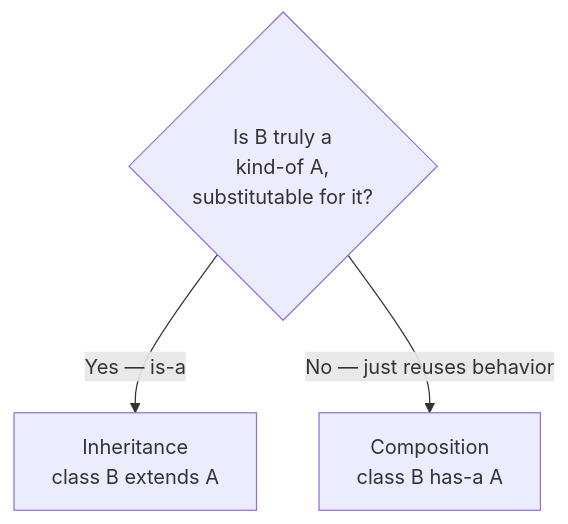
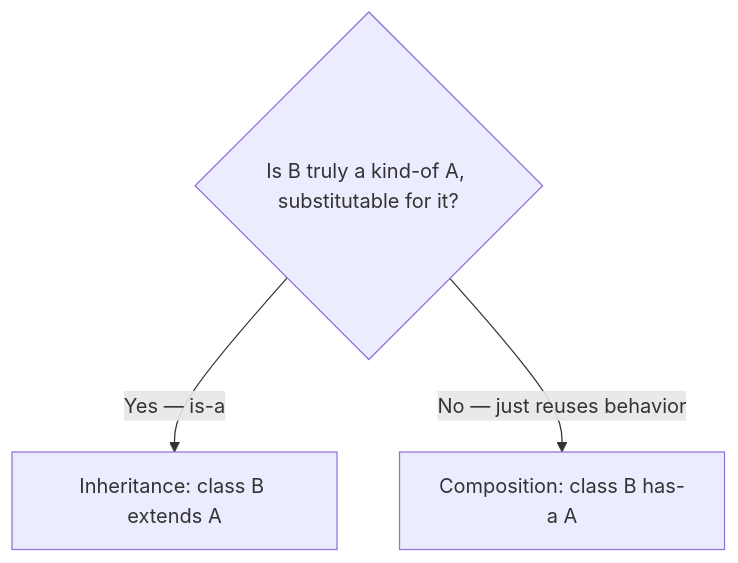
One commit to mohammad-mriesh-job/cortex changed the first of 2 diagrams in src/modules/oop/content/03-relationships/03-composition-over-inheritance.md. Above: the diagram before and after it, drawn with Mermaid. The commit also changed other lines of this file and 257 other files, not shown here.

````diff
--- a/src/modules/oop/content/03-relationships/03-composition-over-inheritance.md
+++ b/src/modules/oop/content/03-relationships/03-composition-over-inheritance.md
@@ -18,6 +18,6 @@
 ```mermaid
 flowchart TD
-    Q{"Is B truly a<br/>kind-of A,<br/>substitutable for it?"}
-    Q -->|"Yes — is-a"| INH["Inheritance<br/>class B extends A"]
-    Q -->|"No — just reuses behavior"| COMP["Composition<br/>class B has-a A"]
+    Q{"Is B truly a kind-of A, substitutable for it?"}
+    Q -->|"Yes — is-a"| INH["Inheritance: class B extends A"]
+    Q -->|"No — just reuses behavior"| COMP["Composition: class B has-a A"]
 ```
````
